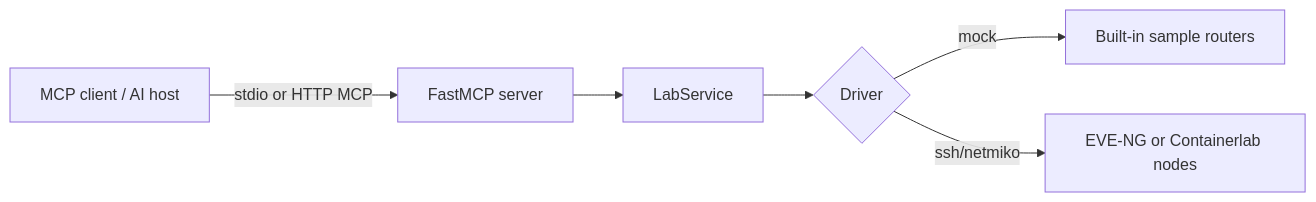
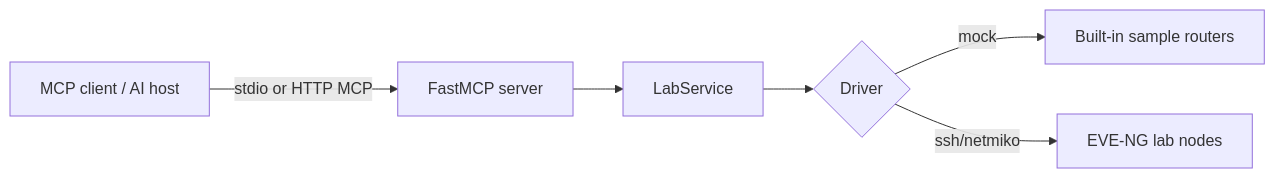
The diagram in README.md (E-Conners-Lab/Packet-Coders-Demo), drawn with Mermaid before and after one commit. The commit also changed other lines of this file and 5 other files, not shown here.

First line of the commit message:
chore: remove Containerlab assets; demo runs on EVE-NG

````diff
--- a/README.md
+++ b/README.md
@@ -20,8 +20,8 @@
 ```mermaid
 flowchart LR
     A["MCP client / AI host"] -->|stdio or HTTP MCP| B["FastMCP server"]
     B --> C["LabService"]
     C --> D{"Driver"}
     D -->|mock| E["Built-in sample routers"]
-    D -->|ssh/netmiko| F["EVE-NG or Containerlab nodes"]
+    D -->|ssh/netmiko| F["EVE-NG lab nodes"]
 ```
````
